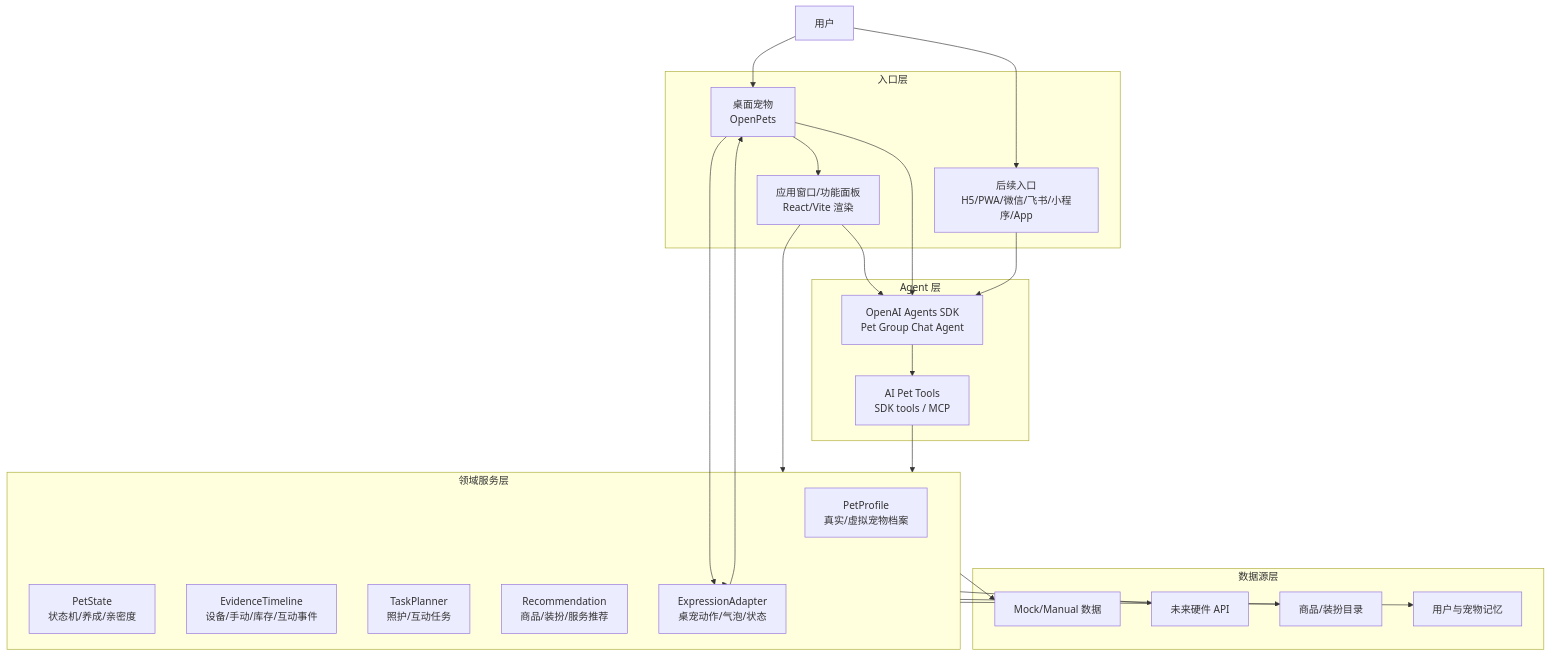
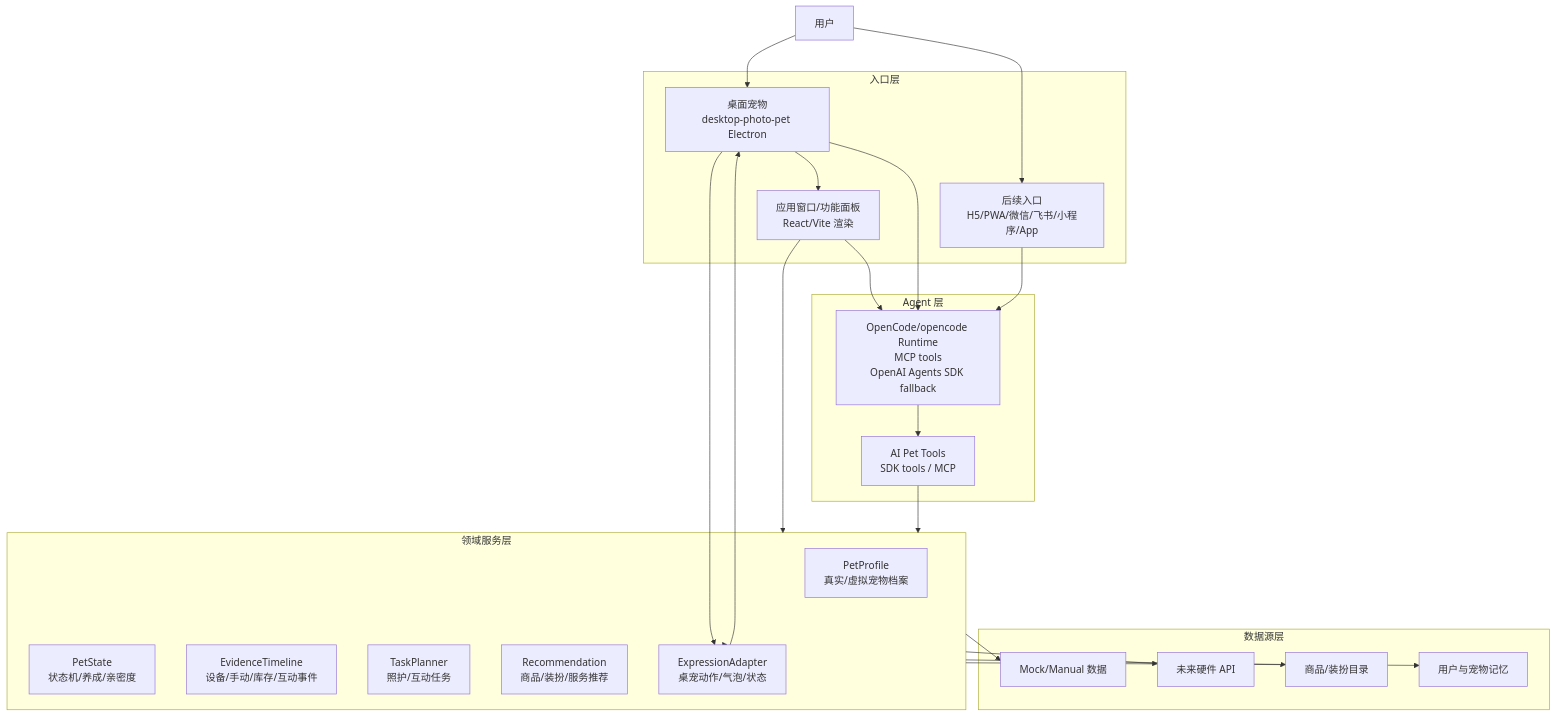
The diagram in ai-pet/docs/architecture/technical-architecture-2026-05-30.md (rc314159-creator/ai_pet_nono), drawn with Mermaid before and after one commit. The commit also changed other lines of this file and 919 other files, not shown here.

````diff
--- a/ai-pet/docs/architecture/technical-architecture-2026-05-30.md
+++ b/ai-pet/docs/architecture/technical-architecture-2026-05-30.md
@@ -39,48 +43,48 @@
 ```mermaid
 flowchart TD
   User["用户"]
 
   subgraph Channels["入口层"]
     AppWindow["应用窗口/功能面板<br/>React/Vite 渲染"]
-    Desktop["桌面宠物<br/>OpenPets"]
+    Desktop["桌面宠物<br/>desktop-photo-pet Electron"]
     FutureMobile["后续入口<br/>H5/PWA/微信/飞书/小程序/App"]
   end
 
   subgraph AgentLayer["Agent 层"]
-    Agent["OpenAI Agents SDK<br/>Pet Group Chat Agent"]
+    Agent["OpenCode/opencode Runtime<br/>MCP tools<br/>OpenAI Agents SDK fallback"]
     Tools["AI Pet Tools<br/>SDK tools / MCP"]
   end
 
   subgraph Domain["领域服务层"]
     Profile["PetProfile<br/>真实/虚拟宠物档案"]
     State["PetState<br/>状态机/养成/亲密度"]
     Evidence["EvidenceTimeline<br/>设备/手动/库存/互动事件"]
     Task["TaskPlanner<br/>照护/互动任务"]
     Commerce["Recommendation<br/>商品/装扮/服务推荐"]
     Expression["ExpressionAdapter<br/>桌宠动作/气泡/状态"]
   end
 
   subgraph Data["数据源层"]
     Mock["Mock/Manual 数据"]
     Hardware["未来硬件 API"]
     Catalog["商品/装扮目录"]
     Memory["用户与宠物记忆"]
   end
 
   User --> Desktop
   Desktop --> AppWindow
   User --> FutureMobile
   AppWindow --> Domain
   Desktop --> Expression
   AppWindow --> Agent
   Desktop --> Agent
   FutureMobile --> Agent
   Agent --> Tools
   Tools --> Domain
   Domain --> Mock
   Domain --> Hardware
   Domain --> Catalog
   Domain --> Memory
   Domain --> Expression
   Expression --> Desktop
 ```
````
